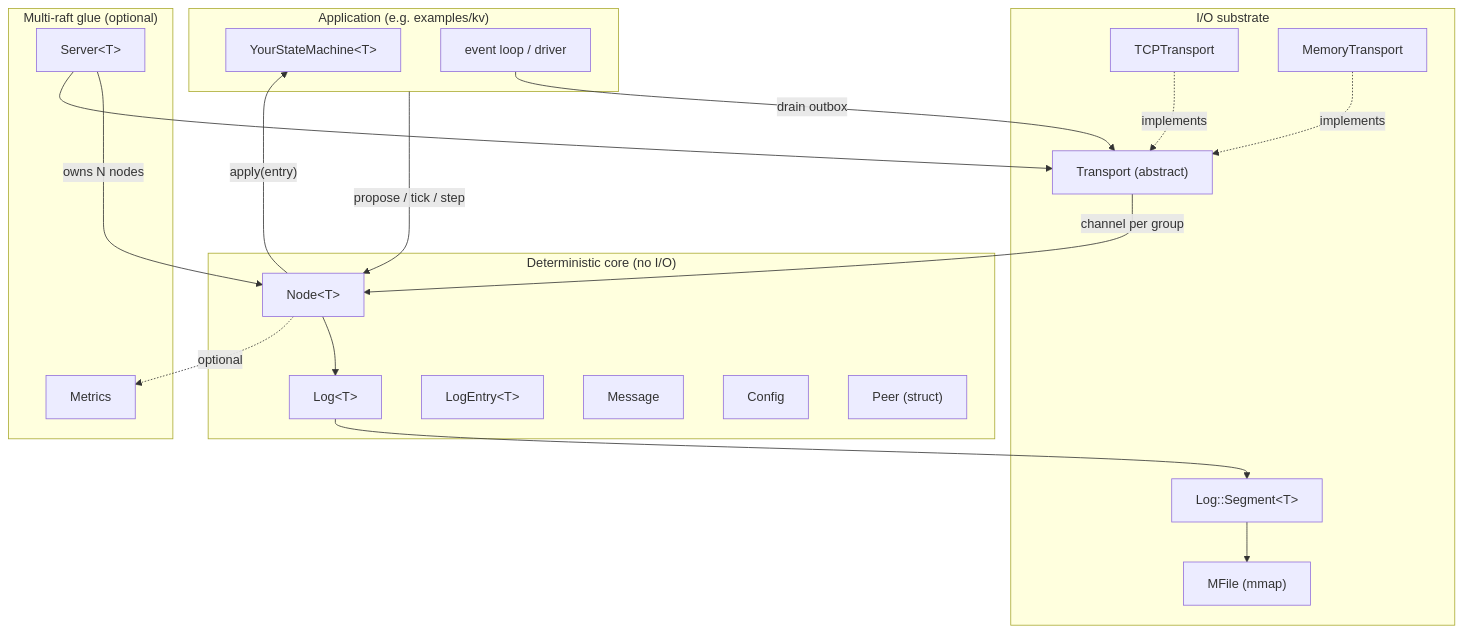
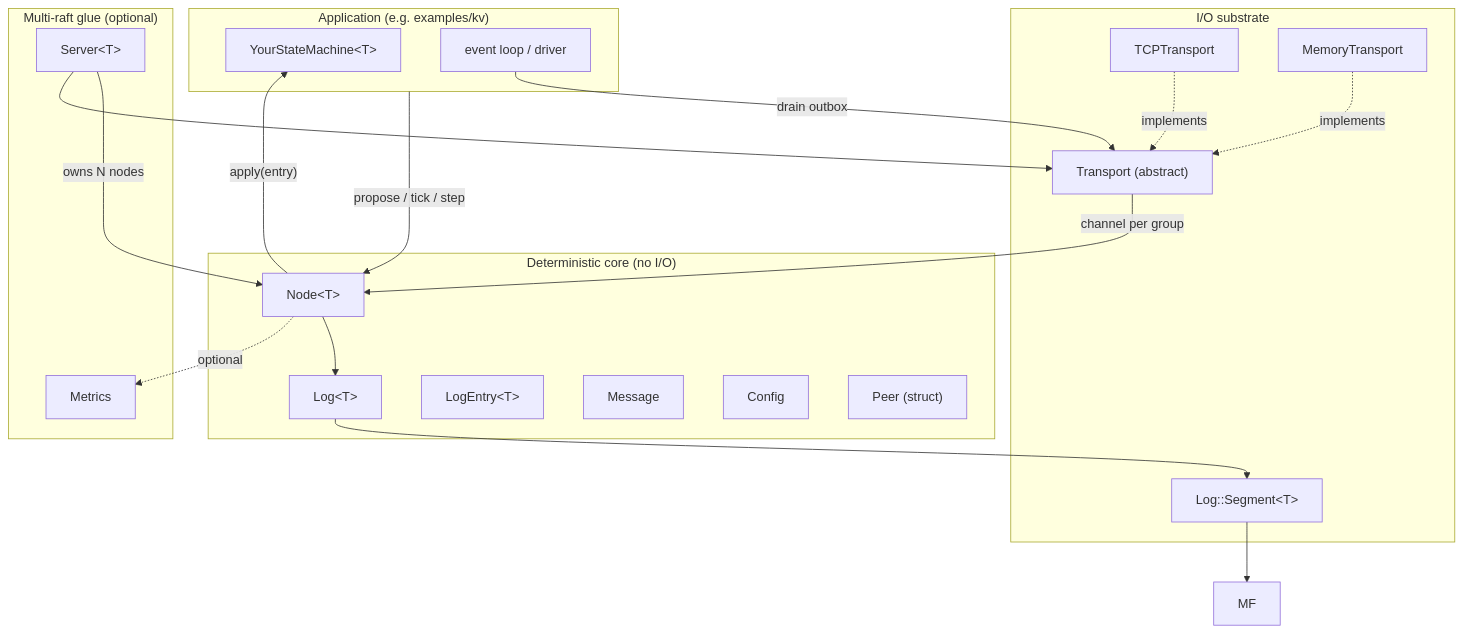
The first of 7 diagrams in ARCHITECTURE.md (84codes/raft.cr), drawn with Mermaid before and after one commit. The commit also changed other lines of this file, not shown here.

First line of the commit message:
Update ARCHITECTURE.md for regular-file storage, fsync discipline, and ReadIndex

````diff
--- a/ARCHITECTURE.md
+++ b/ARCHITECTURE.md
@@ -36,42 +37,41 @@
 ```mermaid
 flowchart TB
     subgraph App["Application (e.g. examples/kv)"]
         SM["YourStateMachine&lt;T&gt;"]
         Loop["event loop / driver"]
     end
 
     subgraph Core["Deterministic core (no I/O)"]
         Node["Node&lt;T&gt;"]
         Log["Log&lt;T&gt;"]
         Entry["LogEntry&lt;T&gt;"]
         Msg["Message"]
         Cfg["Config"]
         PeerS["Peer (struct)"]
     end
 
     subgraph IO["I/O substrate"]
         Seg["Log::Segment&lt;T&gt;"]
-        MF["MFile (mmap)"]
         Tr["Transport (abstract)"]
         TCP["TCPTransport"]
         Mem["MemoryTransport"]
     end
 
     subgraph Glue["Multi-raft glue (optional)"]
         Server["Server&lt;T&gt;"]
         Metrics["Metrics"]
     end
 
     App -->|"propose / tick / step"| Node
     Node -->|"apply(entry)"| SM
     Node --> Log
     Log --> Seg
     Seg --> MF
     Loop -->|"drain outbox"| Tr
     Tr -->|"channel per group"| Node
     TCP -.implements.-> Tr
     Mem -.implements.-> Tr
     Server -->|"owns N nodes"| Node
     Server --> Tr
     Node -.optional.-> Metrics
 ```
````
